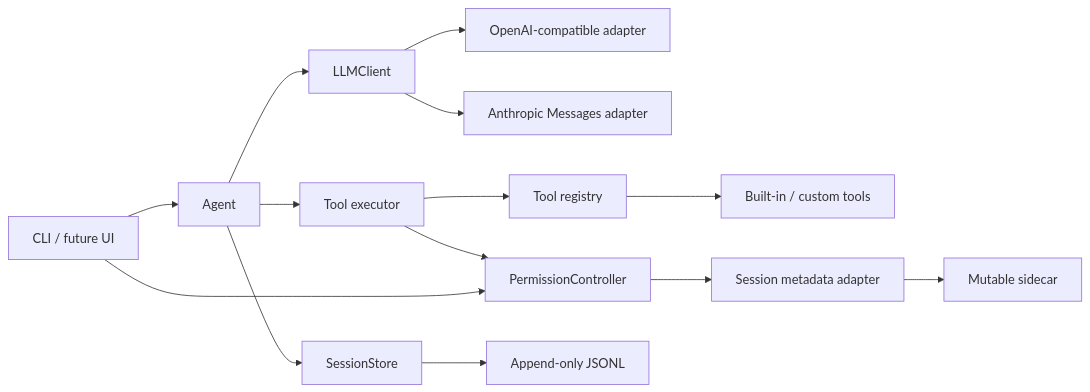
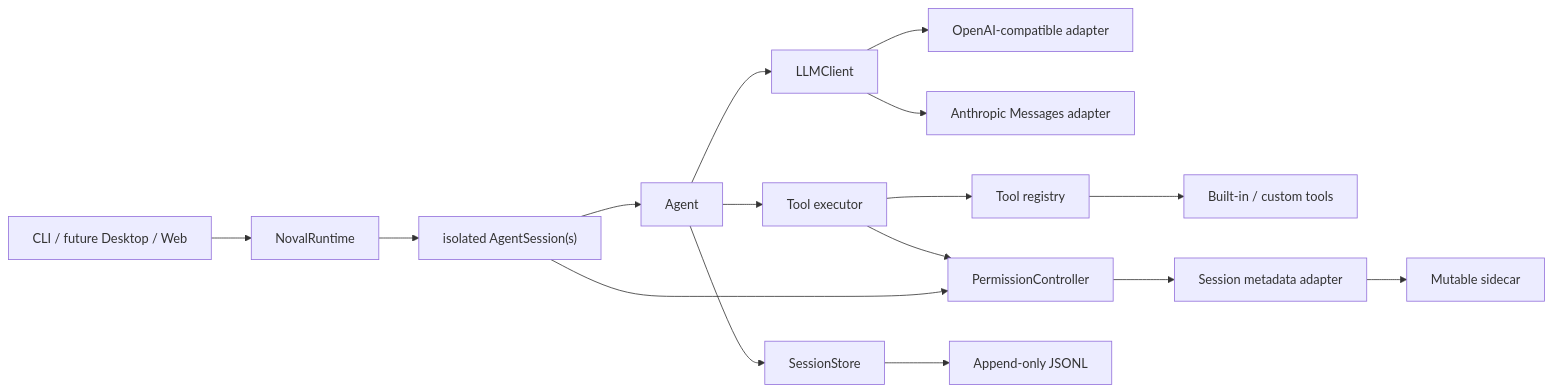
Before and after one commit to kestiny18/Noval: the diagram in README.md, drawn with Mermaid. The commit also changed other lines of this file and 5 other files, not shown here.

````diff
--- a/README.md
+++ b/README.md
@@ -44,16 +45,18 @@
 ```mermaid
 flowchart LR
-    CLI["CLI / future UI"] --> Agent
+    Hosts["CLI / future Desktop / Web"] --> Runtime["NovalRuntime"]
+    Runtime --> Sessions["isolated AgentSession(s)"]
+    Sessions --> Agent
     Agent --> Client["LLMClient"]
     Client --> OpenAI["OpenAI-compatible adapter"]
     Client --> Anthropic["Anthropic Messages adapter"]
     Agent --> Executor["Tool executor"]
-    CLI --> Permissions["PermissionController"]
+    Sessions --> Permissions["PermissionController"]
     Executor --> Permissions
     Executor --> Registry["Tool registry"]
     Registry --> Builtins["Built-in / custom tools"]
     Agent --> Store["SessionStore"]
     Store --> JSONL["Append-only JSONL"]
     Permissions --> Metadata["Session metadata adapter"]
     Metadata --> Sidecar["Mutable sidecar"]
 ```
````
